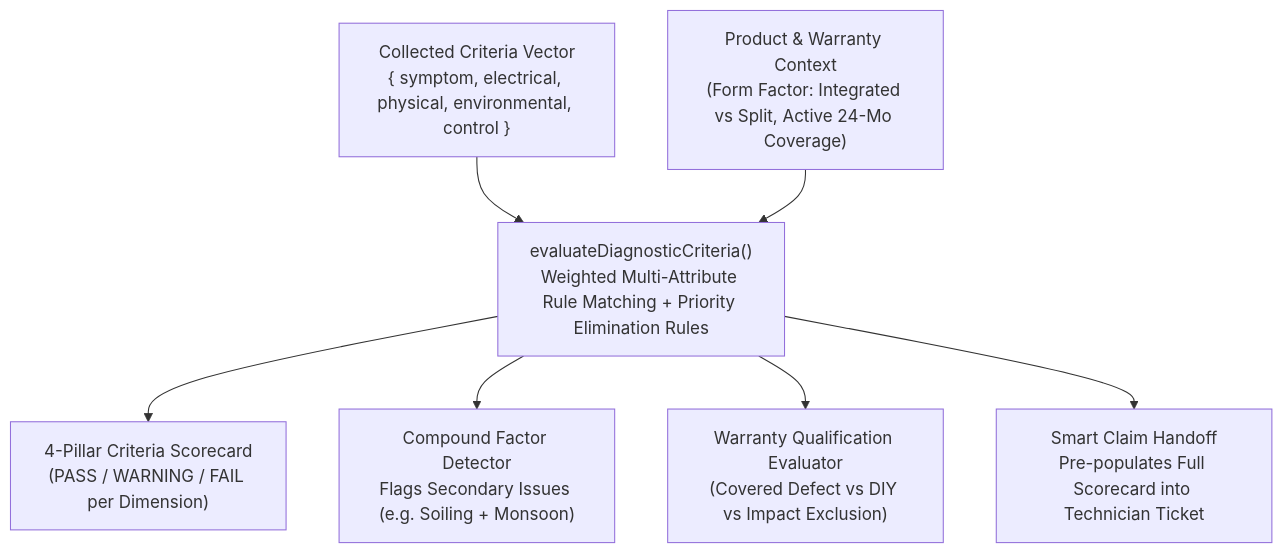
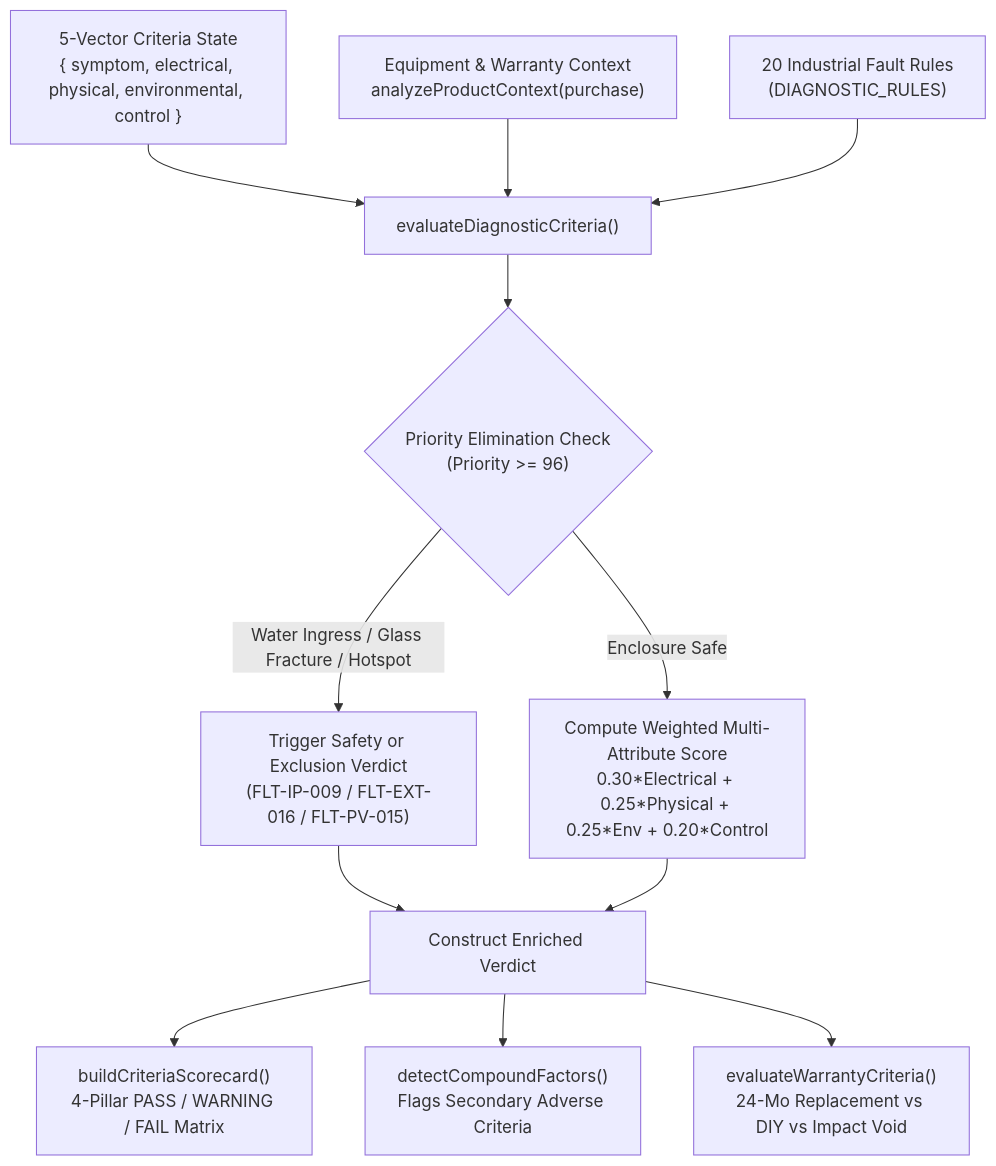
The diagram in docs/troubleshooting_diagnostic_guide.md (Ram-Gold/Solar_App_Capstone_Project), drawn with Mermaid before and after one commit. The commit also changed other lines of this file and 2 other files, not shown here.

````diff
--- a/docs/troubleshooting_diagnostic_guide.md
+++ b/docs/troubleshooting_diagnostic_guide.md
@@ -49,14 +63,21 @@
 ```mermaid
 flowchart TD
-    INPUT["Collected Criteria Vector<br>{ symptom, electrical, physical, environmental, control }"]
-    CTX["Product & Warranty Context<br>(Form Factor: Integrated vs Split, Active 24-Mo Coverage)"]
-    ENGINE["evaluateDiagnosticCriteria()<br>Weighted Multi-Attribute Rule Matching + Priority Elimination Rules"]
+    INPUT["5-Vector Criteria State<br>{ symptom, electrical, physical, environmental, control }"]
+    CTX["Equipment & Warranty Context<br>analyzeProductContext(purchase)"]
+    RULES["20 Industrial Fault Rules<br>(DIAGNOSTIC_RULES)"]
 
-    INPUT --> ENGINE
+    INPUT --> ENGINE["evaluateDiagnosticCriteria()"]
     CTX --> ENGINE
+    RULES --> ENGINE
 
-    ENGINE --> SCORECARD["4-Pillar Criteria Scorecard<br>(PASS / WARNING / FAIL per Dimension)"]
-    ENGINE --> COMPOUND["Compound Factor Detector<br>Flags Secondary Issues (e.g. Soiling + Monsoon)"]
-    ENGINE --> WARRANTY["Warranty Qualification Evaluator<br>(Covered Defect vs DIY vs Impact Exclusion)"]
-    ENGINE --> CLAIM["Smart Claim Handoff<br>Pre-populates Full Scorecard into Technician Ticket"]
+    ENGINE --> ELIM{"Priority Elimination Check<br>(Priority >= 96)"}
+    ELIM -- "Water Ingress / Glass Fracture / Hotspot" --> PRIORITY["Trigger Safety or Exclusion Verdict<br>(FLT-IP-009 / FLT-EXT-016 / FLT-PV-015)"]
+    ELIM -- "Enclosure Safe" --> WEIGHTED["Compute Weighted Multi-Attribute Score<br>0.30*Electrical + 0.25*Physical + 0.25*Env + 0.20*Control"]
+
+    PRIORITY --> OUTPUT["Construct Enriched Verdict"]
+    WEIGHTED --> OUTPUT
+
+    OUTPUT --> SCORECARD["buildCriteriaScorecard()<br>4-Pillar PASS / WARNING / FAIL Matrix"]
+    OUTPUT --> COMPOUND["detectCompoundFactors()<br>Flags Secondary Adverse Criteria"]
+    OUTPUT --> WARRANTY["evaluateWarrantyCriteria()<br>24-Mo Replacement vs DIY vs Impact Void"]
 ```
````
